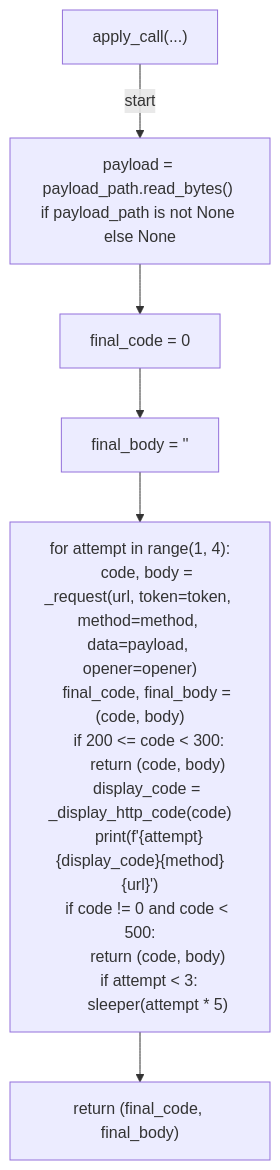
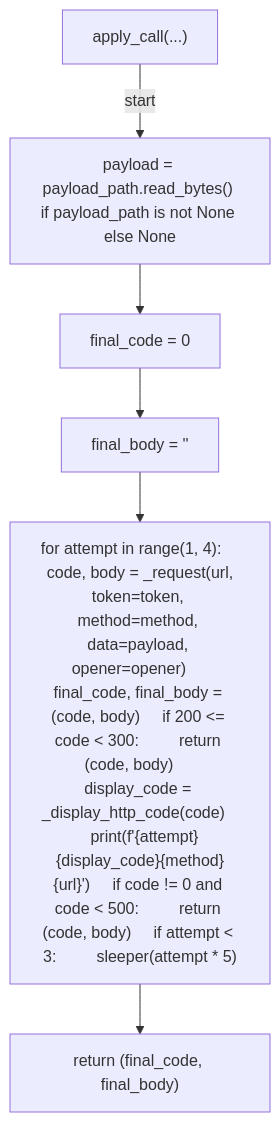
One commit to tvna/claude-md changed the eighth of 37 diagrams in docs/generated/scripts/ast/rulesets_apply.md. Above: the diagram before and after it, drawn with Mermaid. The commit also changed other lines of this file and 29 other files, not shown here.

First line of the commit message:
docs(generated): regenerate decision tree and workflow diagrams (batch 3/5)

````diff
--- a/docs/generated/scripts/ast/rulesets_apply.md
+++ b/docs/generated/scripts/ast/rulesets_apply.md
@@ -106,24 +106,14 @@
 ```mermaid
 flowchart TD
     N001["apply_call(...)"]
     N002["payload = payload_path.read_bytes() if payload_path is not None else None"]
     N003["final_code = 0"]
     N004["final_body = '<str>'"]
-    N005["for attempt in range(1, 4):
-    code, body = _request(url, token=token, method=method, data=payload, opener=opener)
-    final_code, final_body = (code, body)
-    if 200 <= code < 300:
-        return (code, body)
-    display_code = _display_http_code(code)
-    print(f'<str>{attempt}<str>{display_code}<str>{method}<str>{url}')
-    if code != 0 and code < 500:
-        return (code, body)
-    if attempt < 3:
-        sleeper(attempt * 5)"]
+    N005["for attempt in range(1, 4):     code, body = _request(url, token=token, method=method, data=payload, opener=opener)     final_code, final_body = (code, body)     if 200 <= code < 300:         return (code, body)     display_code = _display_http_code(code)     print(f'<str>{attempt}<str>{display_code}<str>{method}<str>{url}')     if code != 0 and code < 500:         return (code, body)     if attempt < 3:         sleeper(attempt * 5)"]
     N006["return (final_code, final_body)"]
     N001 -->|"start"| N002
     N002 --> N003
     N003 --> N004
     N004 --> N005
     N005 --> N006
 ```
````
